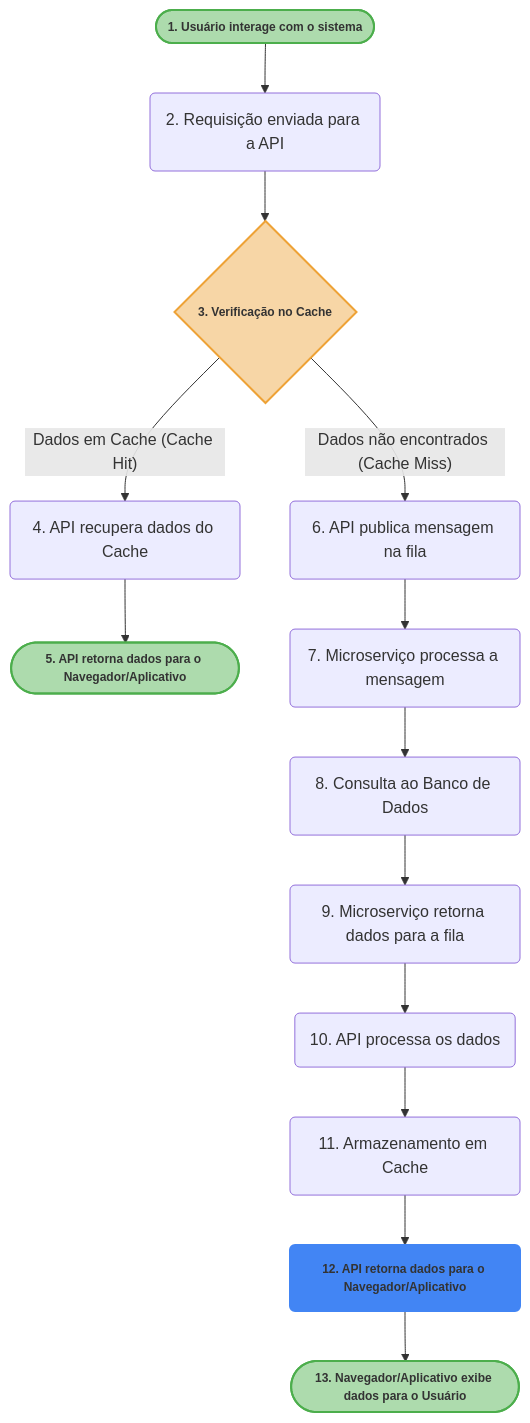
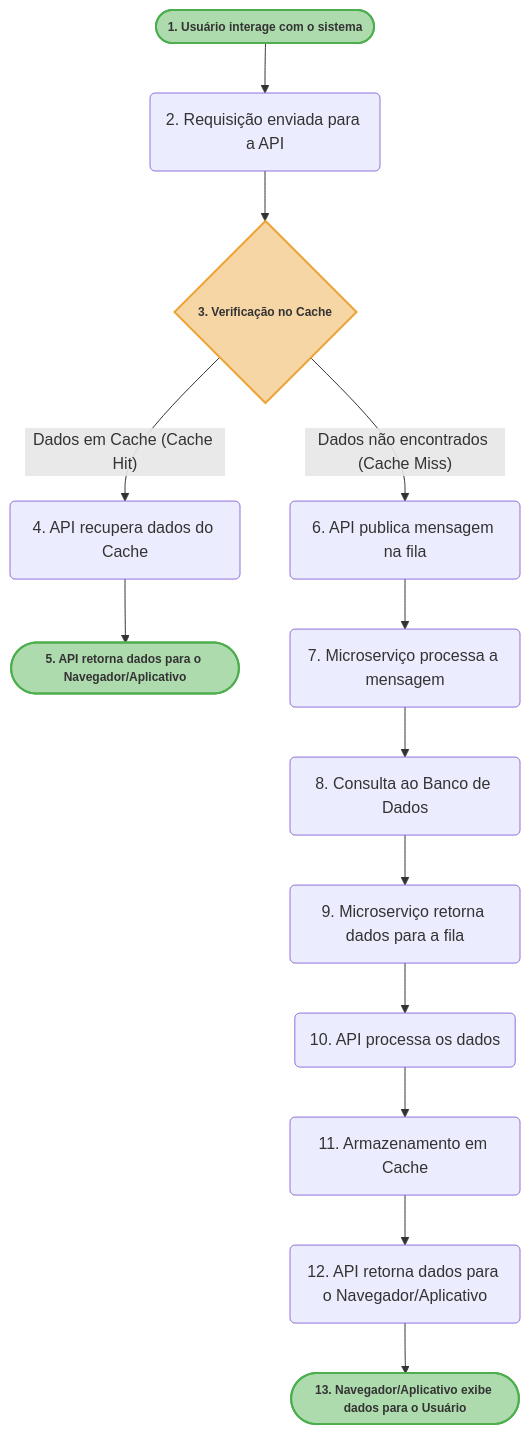
One commit to WallaceSousa88/LifeHacksCode changed the diagram in test/README.md. Above: the diagram before and after it, drawn with Mermaid.

Commit message:
upd test

````diff
--- a/test/README.md
+++ b/test/README.md
@@ -2,21 +2,20 @@
 ```mermaid
 graph TD
     A([1. Usuário interage com o sistema]) --> B(2. Requisição enviada para a API)
     B --> C{3. Verificação no Cache}
     C -- Dados em Cache (Cache Hit) --> D(4. API recupera dados do Cache)
     D --> E([5. API retorna dados para o Navegador/Aplicativo])
     C -- Dados não encontrados (Cache Miss) --> F(6. API publica mensagem na fila)
     F --> G(7. Microserviço processa a mensagem)
     G --> H(8. Consulta ao Banco de Dados)
     H --> I(9. Microserviço retorna dados para a fila)
     I --> J(10. API processa os dados)
     J --> K(11. Armazenamento em Cache)
     K --> L(12. API retorna dados para o Navegador/Aplicativo)
     L --> M([13. Navegador/Aplicativo exibe dados para o Usuário])
 
     style A fill:#5cb85c80,stroke:#4cae4c,stroke-width:2px,text-align:center,font-weight:bold,font-size:12px
     style M fill:#5cb85c80,stroke:#4cae4c,stroke-width:2px,text-align:center,font-weight:bold,font-size:12px
     style C fill:#f0ad4e80,stroke:#eea236,stroke-width:2px,text-align:center,font-weight:bold,font-size:12px
     style E fill:#5cb85c80,stroke:#4cae4c,stroke-width:2px,text-align:center,font-weight:bold,font-size:12px
-    style L fill:#4285f4,stroke:#4285f4,stroke-width:2px,text-align:center,font-weight:bold,font-size:12px
 ```
````
